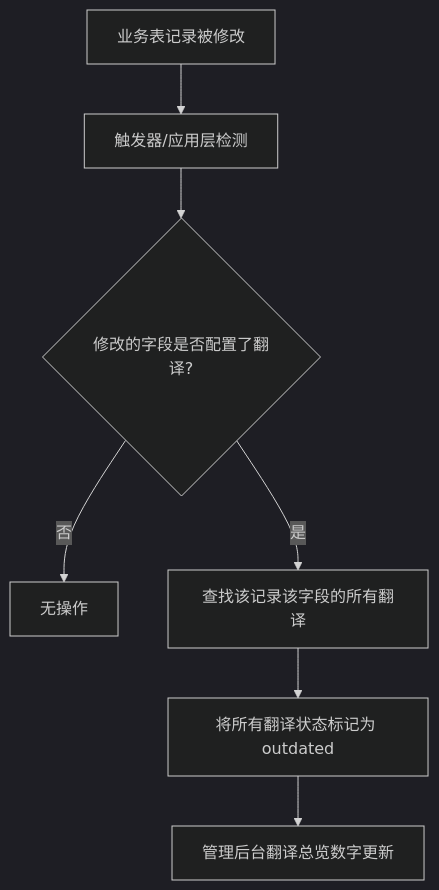
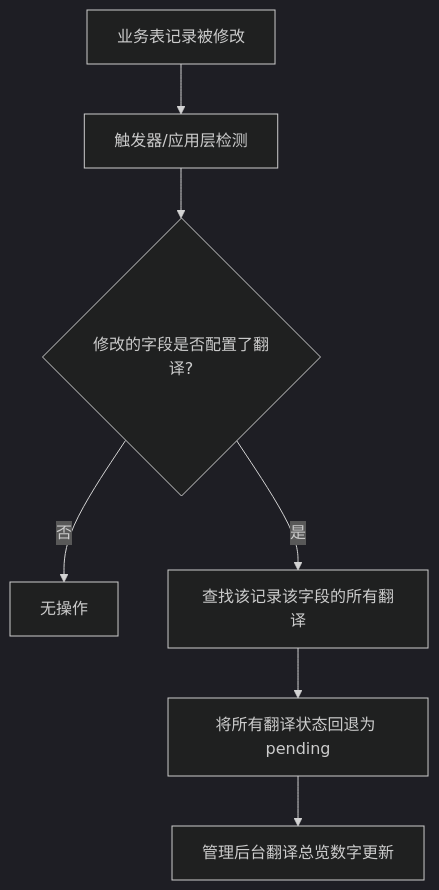
Before and after one commit to foryou2026/chinese: the fifth of 8 diagrams in docs/C02-ia-interaction/admin/i18n/translation-hub/02-flows.md, drawn with Mermaid (dark theme). The commit also changed other lines of this file and 33 other files, not shown here.

````diff
--- a/docs/C02-ia-interaction/admin/i18n/translation-hub/02-flows.md
+++ b/docs/C02-ia-interaction/admin/i18n/translation-hub/02-flows.md
@@ -81,9 +86,9 @@
 ```mermaid
 flowchart TD
     A[业务表记录被修改] --> B[触发器/应用层检测]
     B --> C{修改的字段是否配置了翻译?}
     C -->|否| D[无操作]
     C -->|是| E[查找该记录该字段的所有翻译]
-    E --> F[将所有翻译状态标记为 outdated]
+    E --> F[将所有翻译状态回退为 pending]
     F --> G[管理后台翻译总览数字更新]
 ```
````
